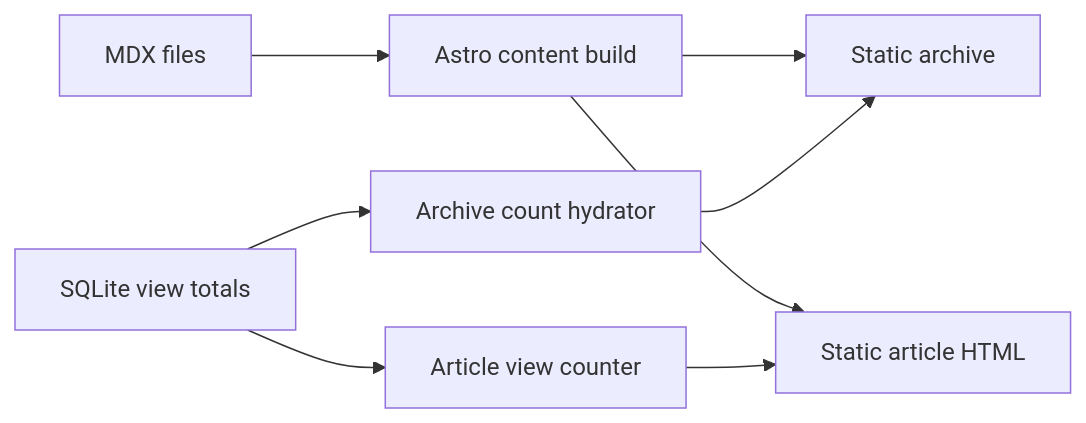
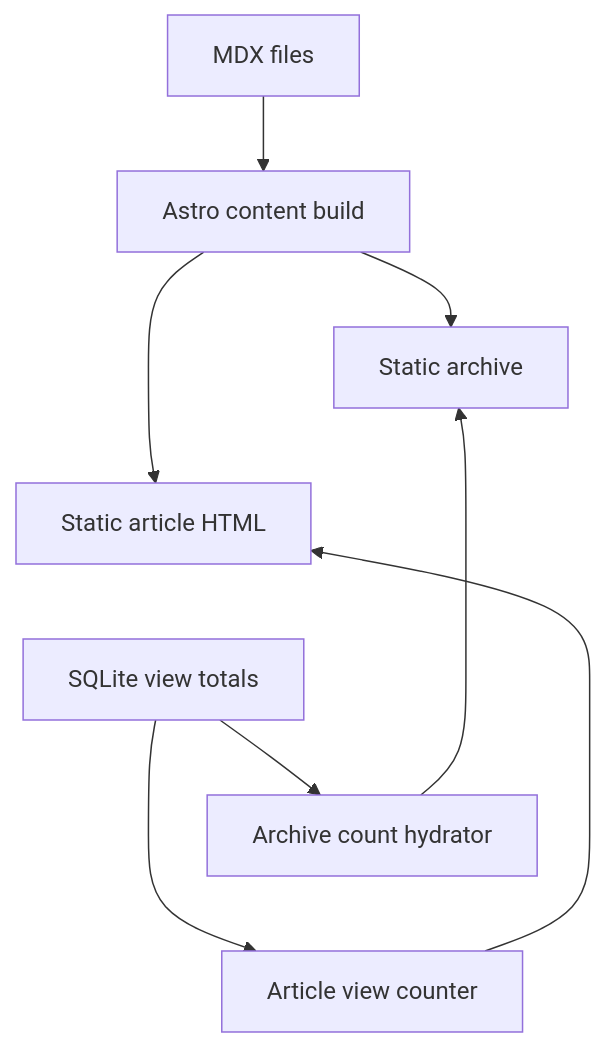
One commit to ErickCReis/ErickCReis changed the first of 3 diagrams in web/content/blog/the-blog-layer-static-pages-live-view-counts.mdx. Above: the diagram before and after it, drawn with Mermaid. The commit also changed other lines of this file and 21 other files, not shown here.

First line of the commit message:
Improve Mermaid diagram readability across blog posts

````diff
--- a/web/content/blog/the-blog-layer-static-pages-live-view-counts.mdx
+++ b/web/content/blog/the-blog-layer-static-pages-live-view-counts.mdx
@@ -14,10 +14,13 @@
 ```mermaid center
-flowchart LR
+flowchart TB
   MDX["MDX files"] --> Build["Astro content build"]
   Build --> Archive["Static archive"]
   Build --> Article["Static article HTML"]
+  Archive ~~~ Article
   SQLite["SQLite view totals"] --> ReadIsland["Archive count hydrator"]
   SQLite --> CountIsland["Article view counter"]
+  Article ~~~ SQLite
+  ReadIsland ~~~ CountIsland
   ReadIsland --> Archive
   CountIsland --> Article
 ```
````
